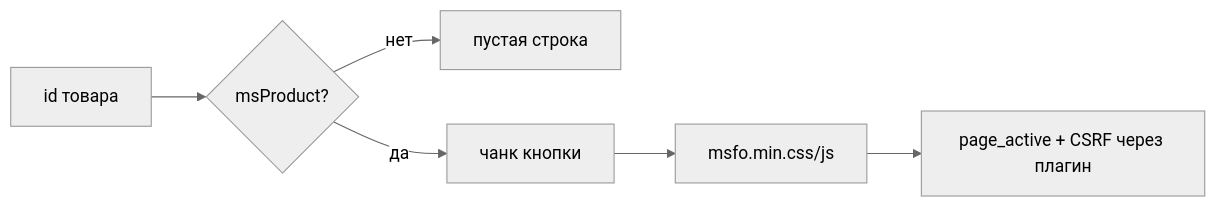
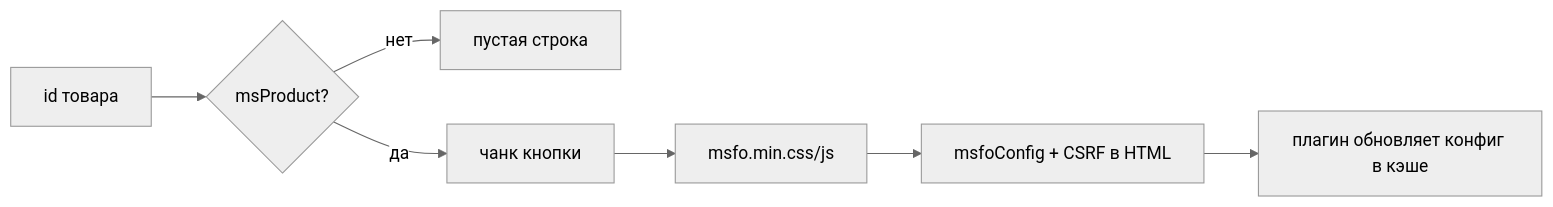
One commit to modx-pro/Docs changed the diagram in docs/components/msfastorder/snippets/msFastOrder.md. Above: the diagram before and after it, drawn with Mermaid (neutral theme). The commit also changed other lines of this file and 102 other files, not shown here.

````diff
--- a/docs/components/msfastorder/snippets/msFastOrder.md
+++ b/docs/components/msfastorder/snippets/msFastOrder.md
@@ -12,8 +12,9 @@
 ```mermaid
 flowchart LR
   A[id товара] --> B{msProduct?}
   B -->|нет| Z[пустая строка]
   B -->|да| C[чанк кнопки]
   C --> D[msfo.min.css/js]
-  D --> E[page_active + CSRF через плагин]
+  D --> E[msfoConfig + CSRF в HTML]
+  E --> F[плагин обновляет конфиг в кэше]
 ```
````
